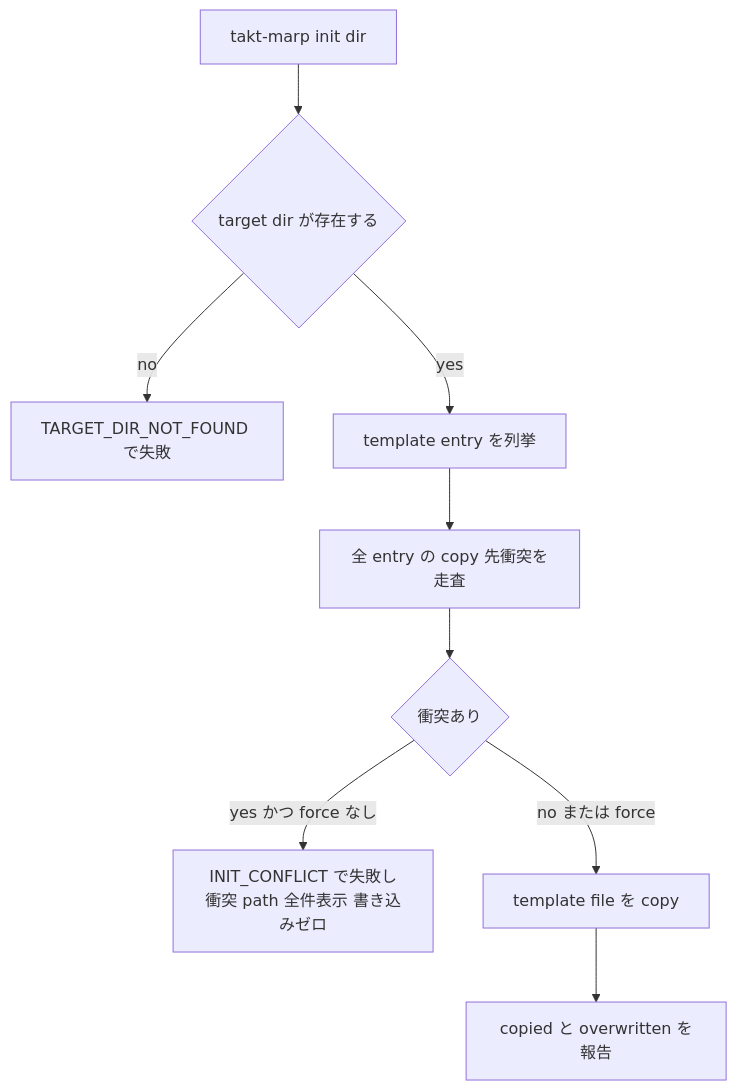
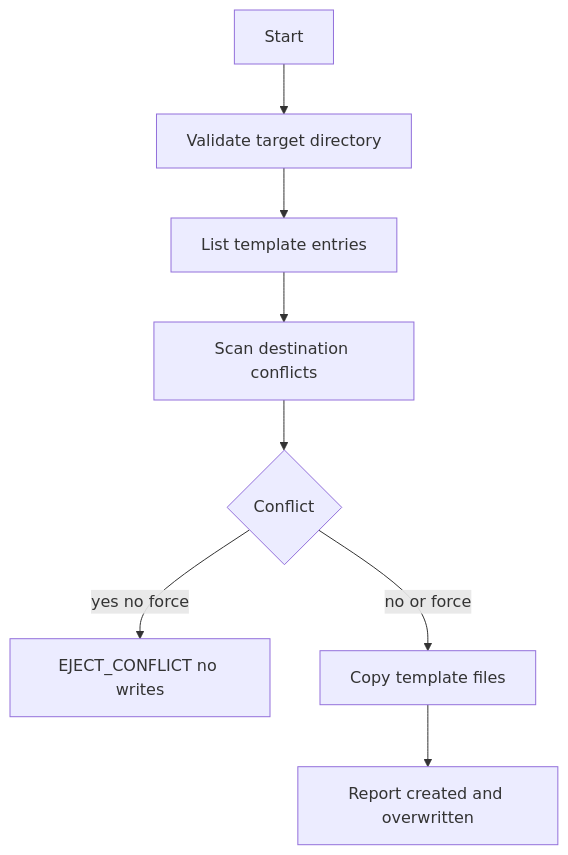
The fifth of 5 diagrams in .kiro/specs/takt-marp-global-installer/design.md (j5ik2o/takt-marp), drawn with Mermaid before and after one commit. The commit also changed other lines of this file and 5 other files, not shown here.

Commit message:
chore(takt-marp-global-installer): refresh eject-only implementation spec

````diff
--- a/.kiro/specs/takt-marp-global-installer/design.md
+++ b/.kiro/specs/takt-marp-global-installer/design.md
@@ -195,11 +227,10 @@
 ```mermaid
 flowchart TD
-    Start[takt-marp init dir] --> Exists{target dir が存在する}
-    Exists -- no --> FailDir[TARGET_DIR_NOT_FOUND で失敗]
-    Exists -- yes --> Enum[template entry を列挙]
-    Enum --> Scan[全 entry の copy 先衝突を走査]
-    Scan --> Conflict{衝突あり}
-    Conflict -- yes かつ force なし --> FailConflict[INIT_CONFLICT で失敗し衝突 path 全件表示 書き込みゼロ]
-    Conflict -- no または force --> Copy[template file を copy]
-    Copy --> Done[copied と overwritten を報告]
+    Start[Start] --> Target[Validate target directory]
+    Target --> Entries[List template entries]
+    Entries --> Scan[Scan destination conflicts]
+    Scan --> Conflict{Conflict}
+    Conflict -->|yes no force| Fail[EJECT_CONFLICT no writes]
+    Conflict -->|no or force| Copy[Copy template files]
+    Copy --> Done[Report created and overwritten]
 ```
````
